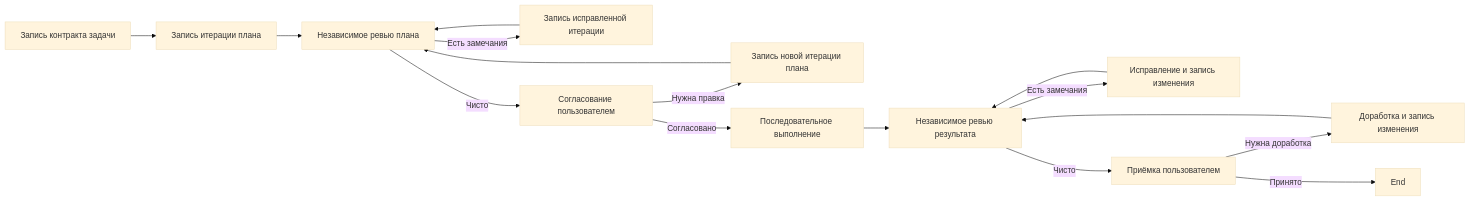
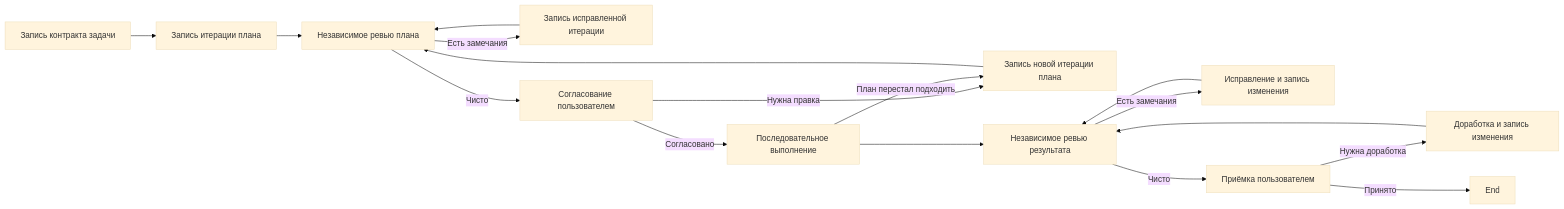
The diagram in packages/docs/src/content/docs/ru/docs/reference/workflows/quick-task.mdx (moira-mcp/moira), drawn with Mermaid (base theme) before and after one commit. The commit also changed other lines of this file and 30 other files, not shown here.

First line of the commit message:
docs(public): bring the pattern section up to the flows it documents (EN + RU)

````diff
--- a/packages/docs/src/content/docs/ru/docs/reference/workflows/quick-task.mdx
+++ b/packages/docs/src/content/docs/ru/docs/reference/workflows/quick-task.mdx
@@ -22,18 +22,19 @@
 ```mermaid
 flowchart LR
     A[Запись контракта задачи] --> B[Запись итерации плана]
     B --> C[Независимое ревью плана]
     C -->|Есть замечания| D[Запись исправленной итерации]
     D --> C
     C -->|Чисто| E[Согласование пользователем]
     E -->|Нужна правка| F[Запись новой итерации плана]
     F --> C
     E -->|Согласовано| G[Последовательное выполнение]
+    G -->|План перестал подходить| F
     G --> H[Независимое ревью результата]
     H -->|Есть замечания| I[Исправление и запись изменения]
     I --> H
     H -->|Чисто| J[Приёмка пользователем]
     J -->|Нужна доработка| K[Доработка и запись изменения]
     K --> H
     J -->|Принято| L[End]
 ```
````
